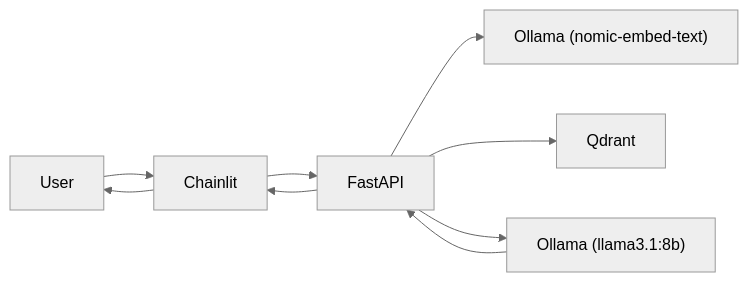
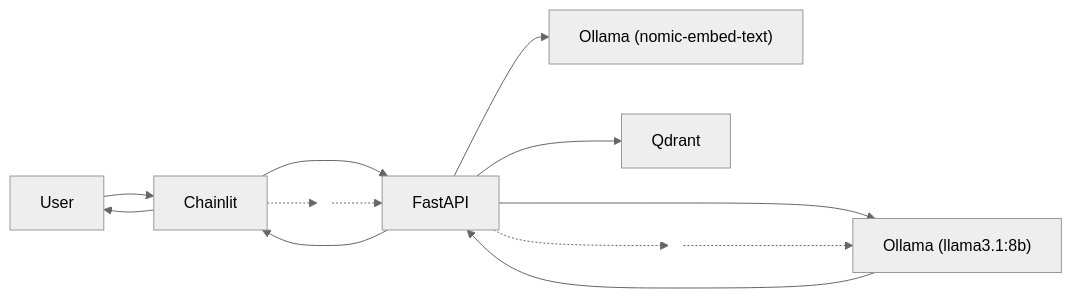
Before and after one commit to tanguy-a-dev/movies-rag: the diagram in README.md, drawn with Mermaid (neutral theme). The commit also changed other lines of this file and 42 other files, not shown here.

````diff
--- a/README.md
+++ b/README.md
@@ -7,11 +7,20 @@
 ```mermaid
 flowchart LR
     User --> Chainlit
     Chainlit --> FastAPI
+
     FastAPI --> OllamaEmbed["Ollama (nomic-embed-text)"]
     FastAPI --> Qdrant
     FastAPI --> OllamaLLM["Ollama (llama3.1:8b)"]
+
     OllamaLLM --> FastAPI
-    FastAPI --> Chainlit
-    Chainlit --> User
+    FastAPI --> Chainlit --> User
+
+    %% spacing helpers
+    classDef invisible fill:transparent,stroke:transparent;
+    spacer1(( )):::invisible
+    spacer2(( )):::invisible
+
+    Chainlit -.-> spacer1 -.-> FastAPI
+    FastAPI -.-> spacer2 -.-> OllamaLLM
 ```
````
